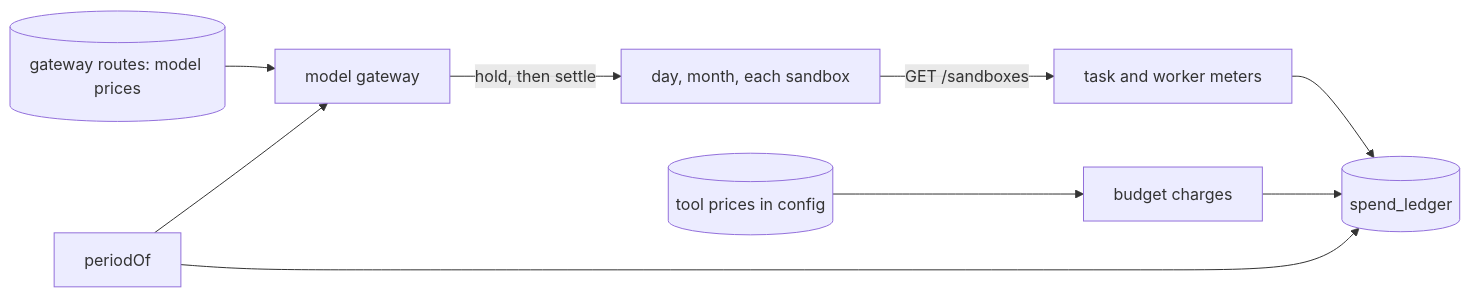
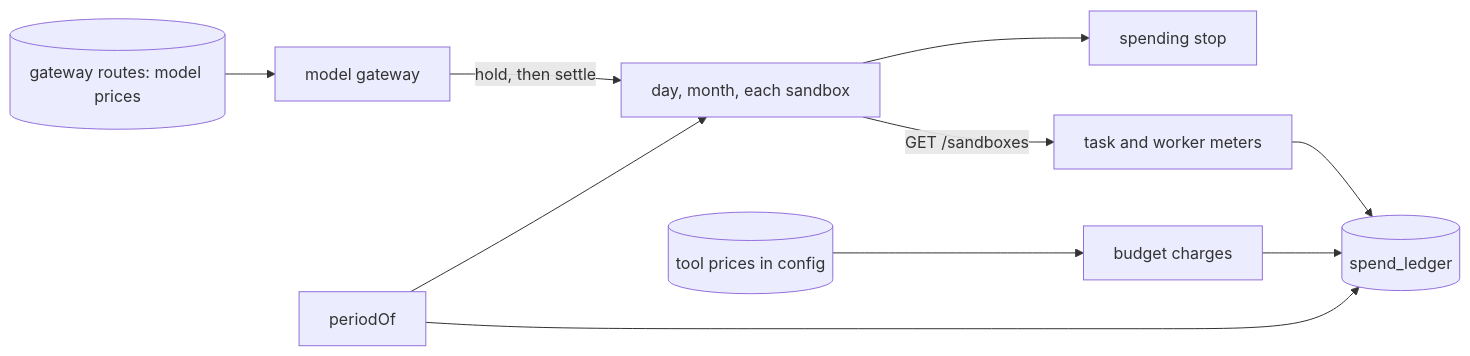
Before and after one commit to zgeoff/nixie: the diagram in docs/design/queue/metering.md, drawn with Mermaid. The commit also changed other lines of this file, not shown here.

````diff
--- a/docs/design/queue/metering.md
+++ b/docs/design/queue/metering.md
@@ -25,11 +25,12 @@
 ```mermaid
 flowchart LR
   routes[(gateway routes: model prices)] --> gw[model gateway]
-  gw -->|"hold, then settle"| periods[day, month, each sandbox]
-  periods -->|"GET /sandboxes"| meter[task and worker meters]
+  gw -->|"hold, then settle"| counts[day, month, each sandbox]
+  counts --> stop[spending stop]
+  counts -->|"GET /sandboxes"| meter[task and worker meters]
   tools[(tool prices in config)] --> charge[budget charges]
   meter --> ledger[(spend_ledger)]
   charge --> ledger
-  period[periodOf] --> gw
-  period --> ledger
+  helper[periodOf] --> counts
+  helper --> ledger
 ```
````
